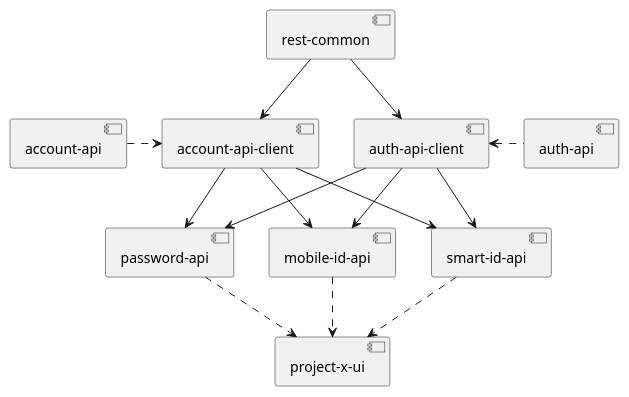
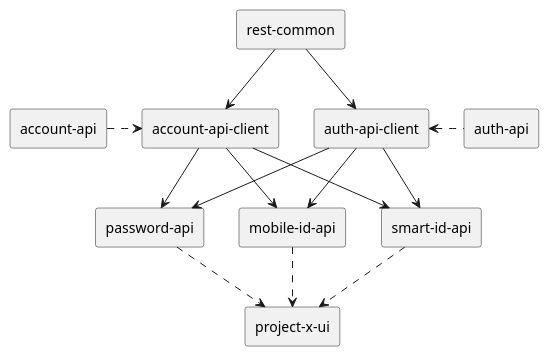
The diagram in component-relationships.iuml (kristoisberg/auth-demo), drawn with PlantUML before and after one commit.

Commit message:
Adjust the style of the diagram

```diff
--- a/component-relationships.iuml
+++ b/component-relationships.iuml
@@ -1,31 +1,34 @@
 @startuml project-x
+
+skinparam monochrome true
+skinparam componentStyle rectangle
 
 [rest-common] as RestCommon
 [account-api-client] as AccountApiClient
 [auth-api-client] as AuthApiClient
 [auth-api] as AuthApi
 [account-api] as AccountApi
 [password-api] as PasswordApi
 [mobile-id-api] as MobileIdApi
 [smart-id-api] as SmartIdApi
 [project-x-ui] as UI
 
 [AccountApiClient] <-up- [RestCommon]
 [AuthApiClient] <-up- [RestCommon]
 
 [PasswordApi] ..> UI
 [MobileIdApi] ..> UI
 [SmartIdApi] ..> UI
 
 [AuthApi] .left.> [AuthApiClient]
 [AccountApi] .right.> [AccountApiClient]
 
 [AuthApiClient] --> [PasswordApi]
 [AuthApiClient] --> [MobileIdApi]
 [AuthApiClient] --> [SmartIdApi]
 
 [AccountApiClient] --> [PasswordApi]
 [AccountApiClient] --> [MobileIdApi]
 [AccountApiClient] --> [SmartIdApi]
 
 @enduml
```
